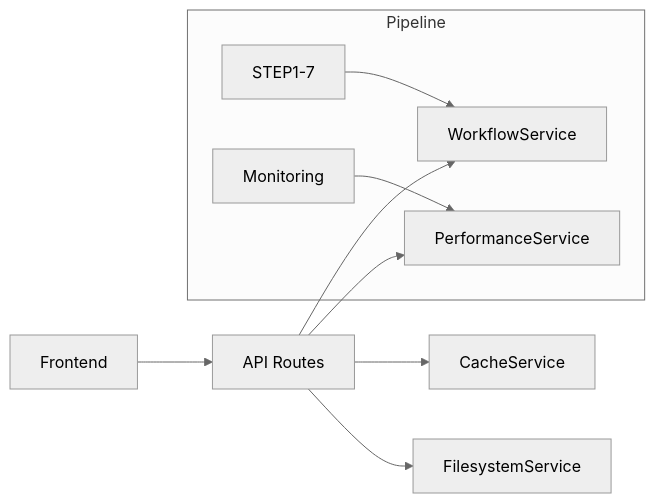
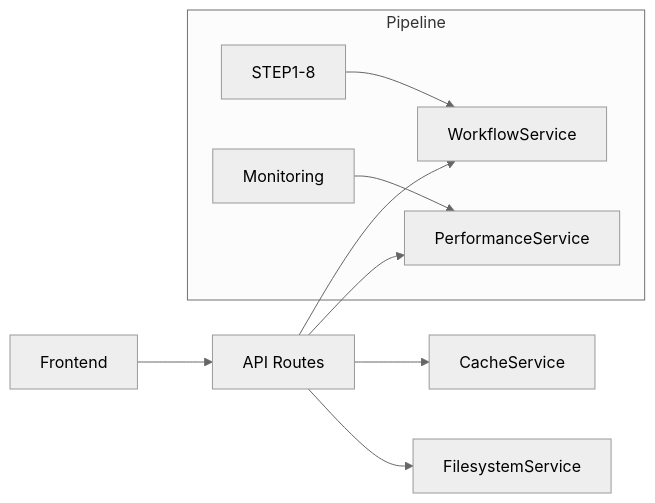
Before and after one commit to ki2pixel/workflow_mediapipe: the diagram in docs/workflow/ops/api-routes.md, drawn with Mermaid (neutral theme). The commit also changed other lines of this file and 52 other files, not shown here.

````diff
--- a/docs/workflow/ops/api-routes.md
+++ b/docs/workflow/ops/api-routes.md
@@ -512,13 +512,13 @@
 ```mermaid
 graph LR
     A[Frontend] --> B[API Routes]
     B --> C[WorkflowService]
     B --> D[CacheService]
     B --> E[PerformanceService]
     B --> F[FilesystemService]
     
     subgraph "Pipeline"
-        G[STEP1-7] --> C
+        G[STEP1-8] --> C
         H[Monitoring] --> E
     end
 ```
````
